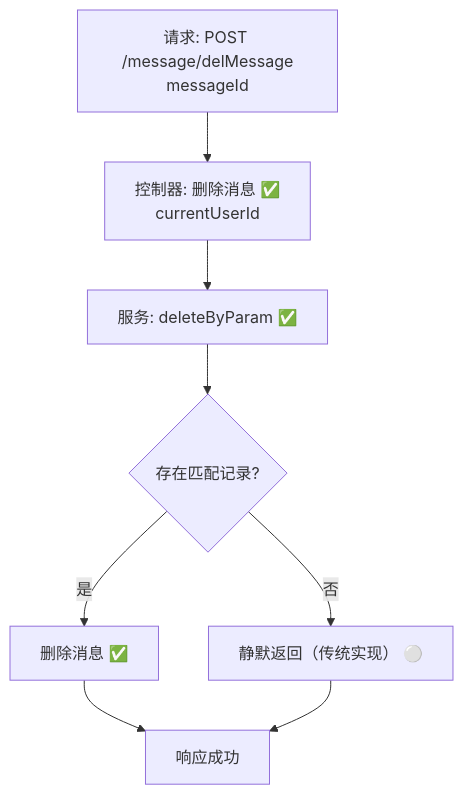
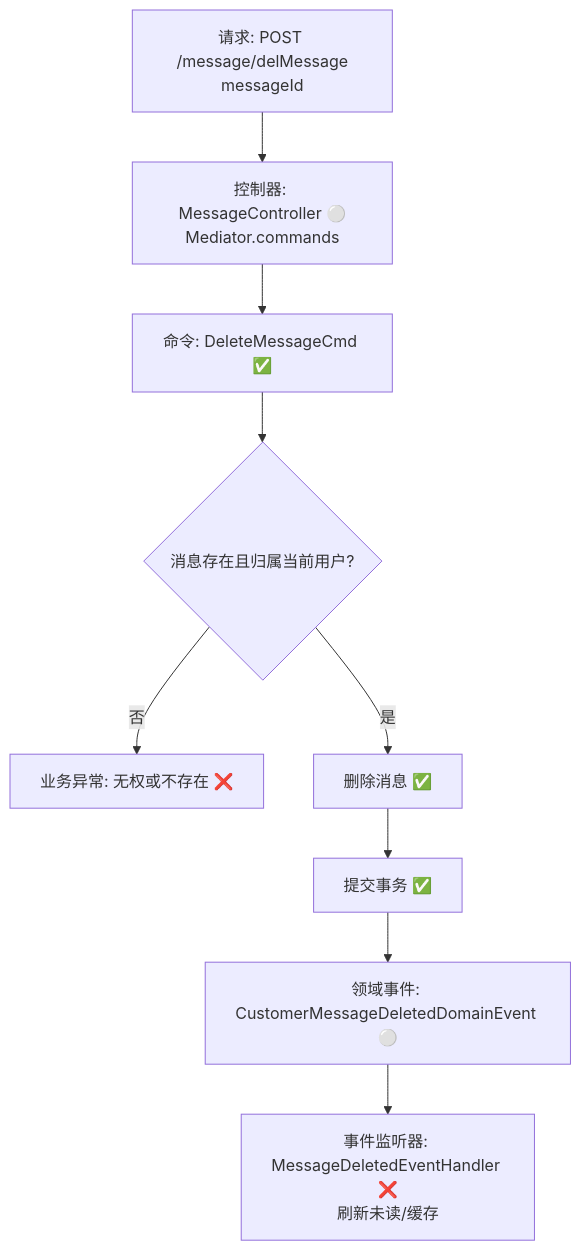
One commit to LDmoxeii/only-danmuku changed the diagram in design/requirements/message_delete_flow.md. Above: the diagram before and after it, drawn with Mermaid. The commit also changed other lines of this file and 30 other files, not shown here.

````diff
--- a/design/requirements/message_delete_flow.md
+++ b/design/requirements/message_delete_flow.md
@@ -45,10 +40,11 @@
 ```mermaid
 graph TD
-    A["请求: POST /message/delMessage<br/>messageId"] --> B["控制器: 删除消息 ✅<br/>currentUserId"]
-    B --> C["服务: deleteByParam ✅"]
-    C --> C1{"存在匹配记录?"}
-    C1 -->|是| D["删除消息 ✅"]
-    C1 -->|否| E["静默返回（传统实现） ⚪"]
-    D --> F["响应成功"]
-    E --> F
+    A[请求: POST /message/delMessage<br/>messageId] --> B[控制器: MessageController ⚪<br/>Mediator.commands]
+    B --> C[命令: DeleteMessageCmd ✅]
+    C --> C1{消息存在且归属当前用户?}
+    C1 -->|否| X[业务异常: 无权或不存在 ❌]
+    C1 -->|是| C2[删除消息 ✅]
+    C2 --> D[提交事务 ✅]
+    D --> E[领域事件: CustomerMessageDeletedDomainEvent ⚪]
+    E --> F[事件监听器: MessageDeletedEventHandler ❌<br/>刷新未读/缓存]
 ```
````
